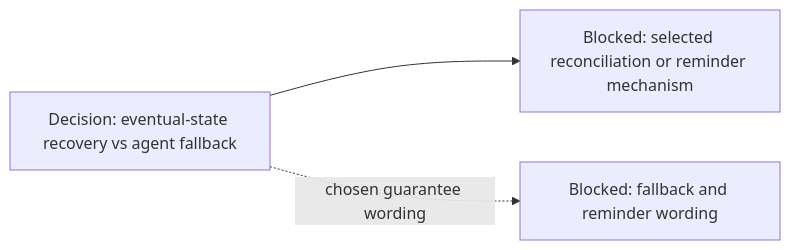
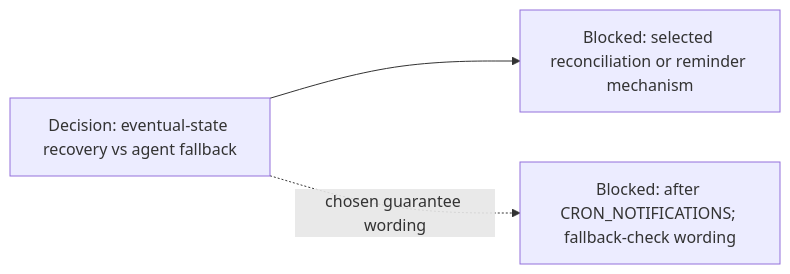
The fourth of 15 diagrams in agentplane/plans/task_dag.md (agentydragon/ducktape), drawn with Mermaid before and after one commit. The commit also changed other lines of this file and 1 other file, not shown here.

First line of the commit message:
agentplane: sequence GitHub shepherd guidance after cron notifications

````diff
--- a/agentplane/plans/task_dag.md
+++ b/agentplane/plans/task_dag.md
@@ -138,8 +138,8 @@
 ```mermaid
 flowchart LR
     GITHUB_NOTICE_RELIABILITY_DESIGN[Decision: eventual-state recovery vs agent fallback]
     GITHUB_NOTIFICATION_RECOVERY[Blocked: selected reconciliation or reminder mechanism]
-    GITHUB_SHEPHERD_GUIDANCE[Blocked: fallback and reminder wording]
+    GITHUB_SHEPHERD_GUIDANCE[Blocked: after CRON_NOTIFICATIONS; fallback-check wording]
     GITHUB_NOTICE_RELIABILITY_DESIGN --> GITHUB_NOTIFICATION_RECOVERY
     GITHUB_NOTICE_RELIABILITY_DESIGN -. chosen guarantee wording .-> GITHUB_SHEPHERD_GUIDANCE
 ```
````
